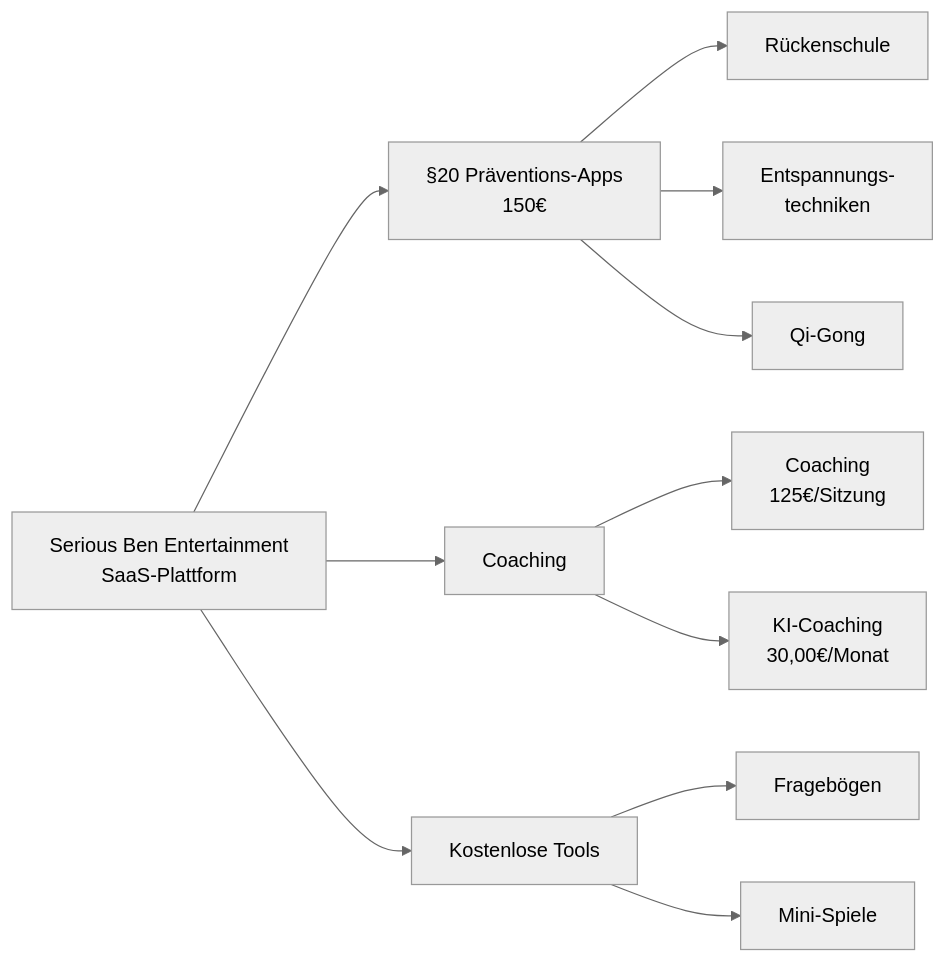
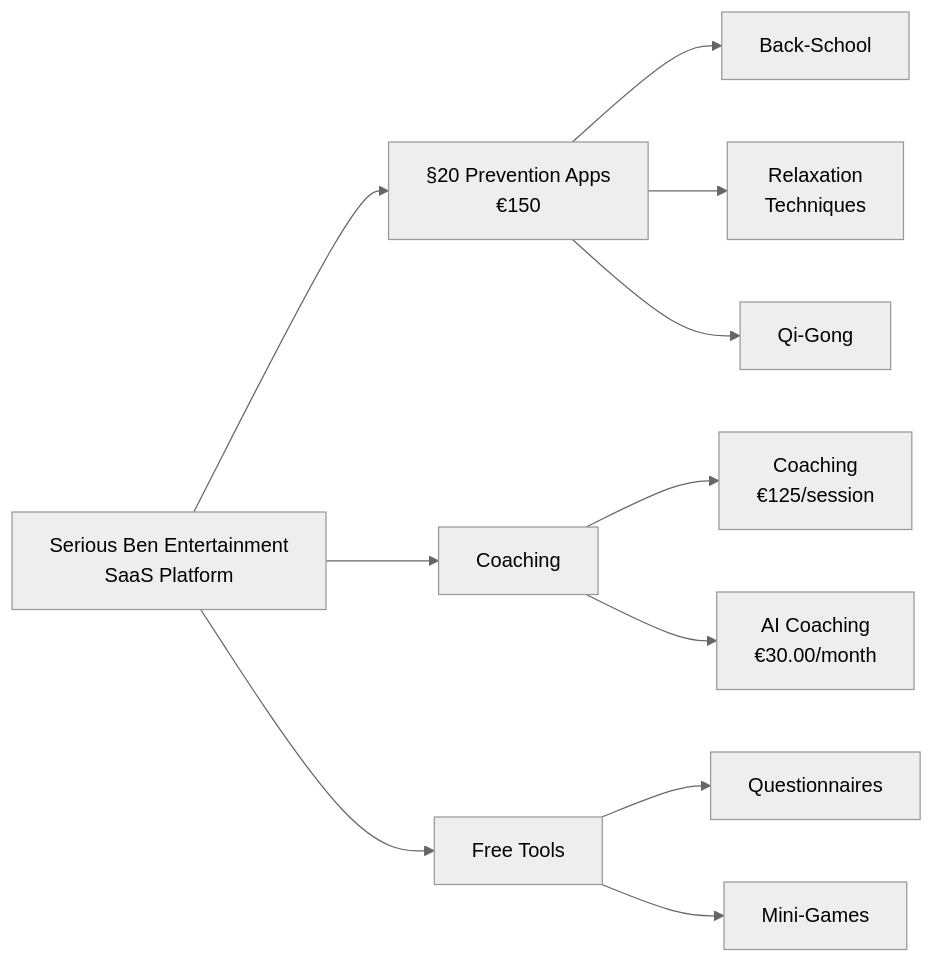
The second of 2 diagrams in Businessplan.qmd (DrBenjamin/Businessplan), drawn with Mermaid (neutral theme) before and after one commit. The commit also changed other lines of this file and 1 other file, not shown here.

````diff
--- a/Businessplan.qmd
+++ b/Businessplan.qmd
@@ -340,19 +340,19 @@
 ```{mermaid}
-%%| fig-cap: "Serious Ben Entertainment Angebotsspektrum"
+%%| fig-cap: "Serious Ben Entertainment Range of Offerings"
 %%| fig-width: 6
 %%| fig-height: 3.5
 graph LR
-    A[Serious Ben Entertainment<br/>SaaS-Plattform] --> B[§20 Präventions-Apps<br/>150€]
+    A[Serious Ben Entertainment<br/>SaaS Platform] --> B[§20 Prevention Apps<br/>€150]
     A --> C[Coaching]
-    A --> D[Kostenlose Tools]
-    
-    B --> B1[Rückenschule]
-    B --> B2[Entspannungs-<br/>techniken]
+    A --> D[Free Tools]
+
+    B --> B1[Back-School]
+    B --> B2[Relaxation<br/>Techniques]
     B --> B3[Qi-Gong]
-    
-    C --> C1[Coaching<br/>125€/Sitzung]
-    C --> C2[KI-Coaching<br/>30,00€/Monat]
-    
-    D --> D1[Fragebögen]
-    D --> D2[Mini-Spiele]
+
+    C --> C1[Coaching<br/>€125/session]
+    C --> C2[AI Coaching<br/>€30.00/month]
+
+    D --> D1[Questionnaires]
+    D --> D2[Mini-Games]
 ```
````
